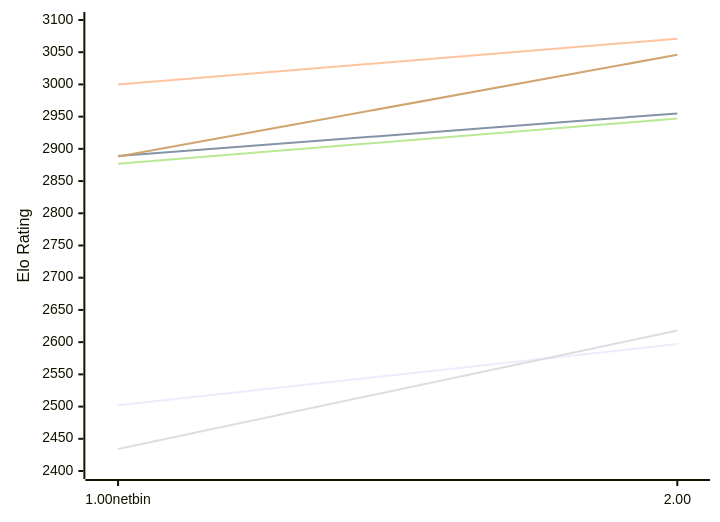
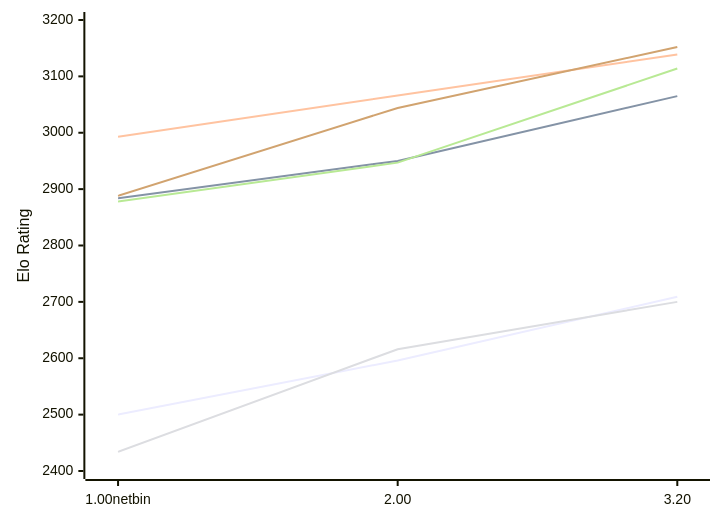
The first of 2 diagrams in engines/Gilipol.md (computer-chess-index/cci), drawn with Mermaid before and after one commit. The commit also changed other lines of this file, not shown here.

Commit message:
Update CCI Ratings (ELO VLTC) - 2026-11-26

````diff
--- a/engines/Gilipol.md
+++ b/engines/Gilipol.md
@@ -51,12 +53,12 @@
 ```mermaid
 %%{init: {"theme":"base","themeVariables":{"seriesColors:['#a3a3a3','#222221','#faa371']}}}%%
 xychart-beta
-  x-axis ["1.00netbin", "2.00"]
-  y-axis "Elo Rating" 2400 --> 3100
-  line "E1: STC (8.0+0.08s)" [2502, 2597]
-  line "E1: LTC (60.0+0.60s)" [2889, 2955]
-  line "E1: VLTC (2m24s+1.12s)" [3000, 3071]
-  line "P1: STC (8.0+0.08s)" [2434, 2618]
-  line "P1: LTC (60.0+0.60s)" [2877, 2947]
-  line "P1: VLTC (2m24s+1.12s)" [2888, 3046]
+  x-axis ["1.00netbin", "2.00", "3.20"]
+  y-axis "Elo Rating" 2400 --> 3200
+  line "E1: STC (8.0+0.08s)" [2500, 2596, 2709]
+  line "E1: LTC (60.0+0.60s)" [2884, 2950, 3065]
+  line "E1: VLTC (2m24s+1.12s)" [2993, 3066, 3139]
+  line "P1: STC (8.0+0.08s)" [2434, 2616, 2700]
+  line "P1: LTC (60.0+0.60s)" [2878, 2947, 3114]
+  line "P1: VLTC (2m24s+1.12s)" [2888, 3044, 3152]
 ```
````
